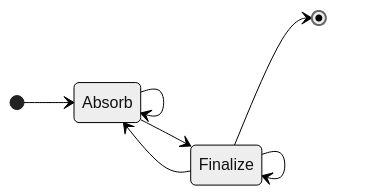
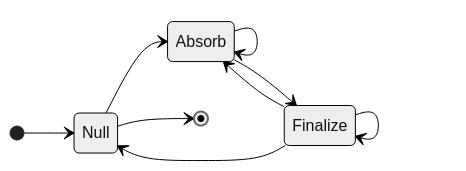
One commit to privacy-scaling-explorations/zkevm-specs changed the diagram in specs/keccak256/variable-length-input.md. Above: the diagram before and after it, drawn with Mermaid (neutral theme). The commit also changed other lines of this file, not shown here.

Commit message:
Name the Null state

````diff
--- a/specs/keccak256/variable-length-input.md
+++ b/specs/keccak256/variable-length-input.md
@@ -21,10 +22,12 @@
 ```mermaid
 stateDiagram-v2
     direction LR
-    [*] --> Absorb
+    [*] --> Null
+    Null --> Absorb
     Absorb --> Absorb
     Absorb --> Finalize
     Finalize --> Absorb
     Finalize --> Finalize
-    Finalize --> [*]
+    Finalize --> Null
+    Null --> [*]
 ```
````
